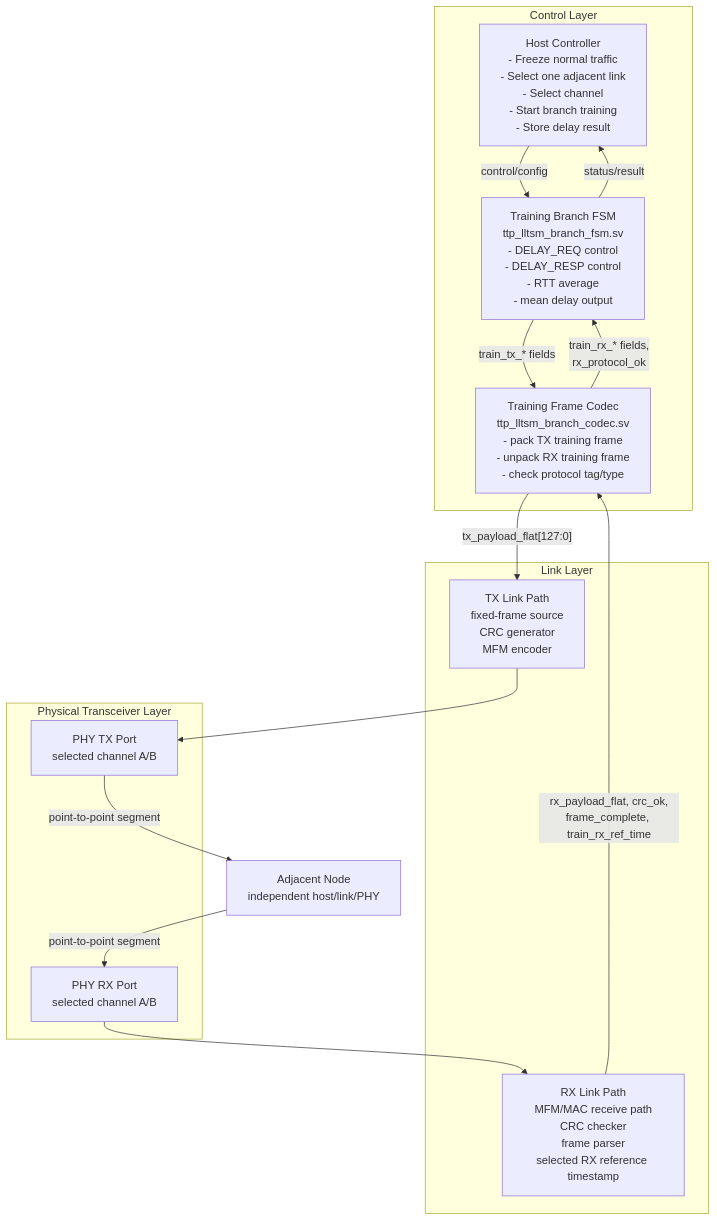
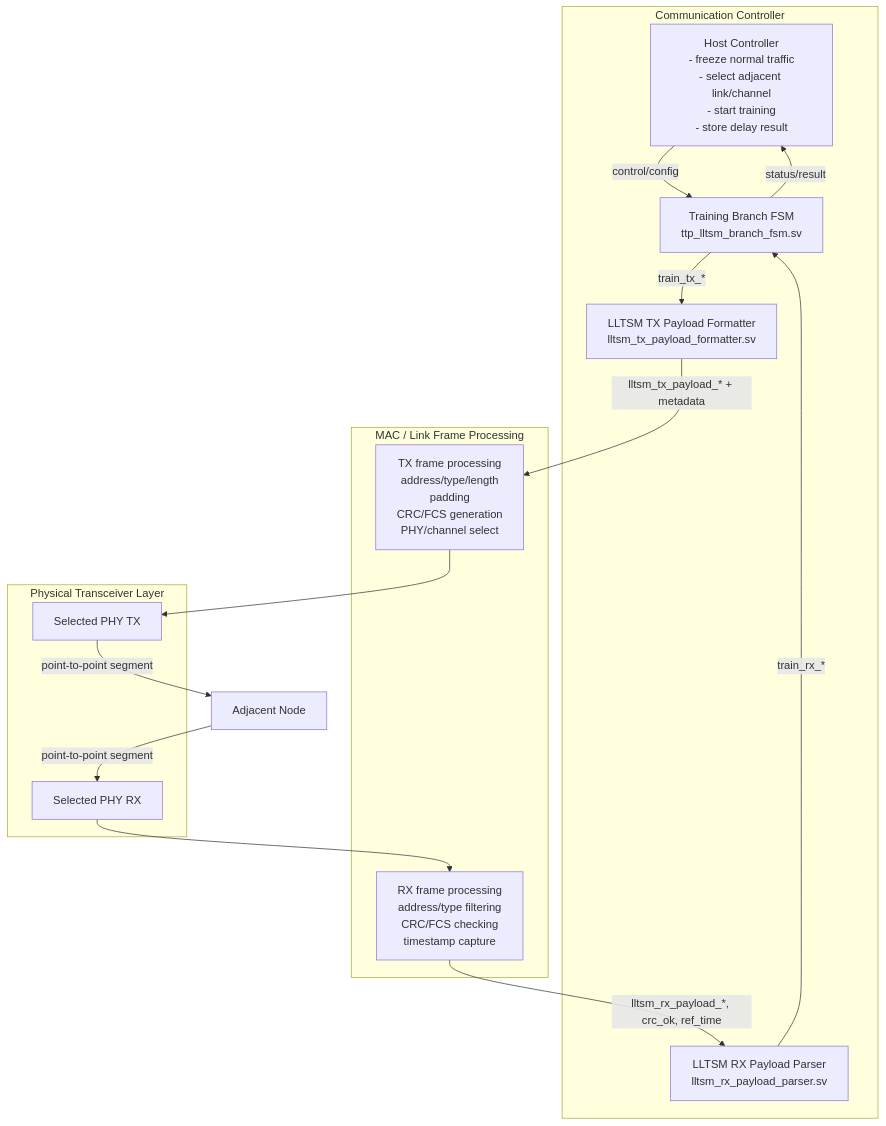
The first of 2 diagrams in docs/LLTSM_Architecture_and_Interface.md (waterwhit/lltsm-link-training), drawn with Mermaid before and after one commit. The commit also changed other lines of this file and 13 other files, not shown here.

````diff
--- a/docs/LLTSM_Architecture_and_Interface.md
+++ b/docs/LLTSM_Architecture_and_Interface.md
@@ -54,33 +54,32 @@
 ```mermaid
 flowchart TB
-    subgraph CONTROL["Control Layer"]
-        TOP["Host Controller<br/>- Freeze normal traffic<br/>- Select one adjacent link<br/>- Select channel<br/>- Start branch training<br/>- Store delay result"]
-        FSM["Training Branch FSM<br/>ttp_lltsm_branch_fsm.sv<br/>- DELAY_REQ control<br/>- DELAY_RESP control<br/>- RTT average<br/>- mean delay output"]
-        CODEC["Training Frame Codec<br/>ttp_lltsm_branch_codec.sv<br/>- pack TX training frame<br/>- unpack RX training frame<br/>- check protocol tag/type"]
+    subgraph CONTROL["Communication Controller"]
+        TOP["Host Controller<br/>- freeze normal traffic<br/>- select adjacent link/channel<br/>- start training<br/>- store delay result"]
+        FSM["Training Branch FSM<br/>ttp_lltsm_branch_fsm.sv"]
+        TXFMT["LLTSM TX Payload Formatter<br/>lltsm_tx_payload_formatter.sv"]
+        RXP["LLTSM RX Payload Parser<br/>lltsm_rx_payload_parser.sv"]
     end
 
-    subgraph LINK["Link Layer"]
-        TX_LINK["TX Link Path<br/>fixed-frame source<br/>CRC generator<br/>MFM encoder"]
-        RX_LINK["RX Link Path<br/>MFM/MAC receive path<br/>CRC checker<br/>frame parser<br/>selected RX reference timestamp"]
+    subgraph MAC["MAC / Link Frame Processing"]
+        TX_MAC["TX frame processing<br/>address/type/length<br/>padding<br/>CRC/FCS generation<br/>PHY/channel select"]
+        RX_MAC["RX frame processing<br/>address/type filtering<br/>CRC/FCS checking<br/>timestamp capture"]
     end
 
     subgraph PHY["Physical Transceiver Layer"]
-        PHY_TX["PHY TX Port<br/>selected channel A/B"]
-        PHY_RX["PHY RX Port<br/>selected channel A/B"]
+        PHY_TX["Selected PHY TX"]
+        PHY_RX["Selected PHY RX"]
     end
 
-    ADJ["Adjacent Node<br/>independent host/link/PHY"]
+    ADJ["Adjacent Node"]
 
     TOP -->|"control/config"| FSM
     FSM -->|"status/result"| TOP
-
-    FSM -->|"train_tx_* fields"| CODEC
-    CODEC -->|"tx_payload_flat[127:0]"| TX_LINK
-    TX_LINK --> PHY_TX
+    FSM -->|"train_tx_*"| TXFMT
+    TXFMT -->|"lltsm_tx_payload_* + metadata"| TX_MAC
+    TX_MAC --> PHY_TX
     PHY_TX -->|"point-to-point segment"| ADJ
-
     ADJ -->|"point-to-point segment"| PHY_RX
-    PHY_RX --> RX_LINK
-    RX_LINK -->|"rx_payload_flat, crc_ok,<br/>frame_complete, train_rx_ref_time"| CODEC
-    CODEC -->|"train_rx_* fields,<br/>rx_protocol_ok"| FSM
+    PHY_RX --> RX_MAC
+    RX_MAC -->|"lltsm_rx_payload_*, crc_ok, ref_time"| RXP
+    RXP -->|"train_rx_*"| FSM
 ```
````
